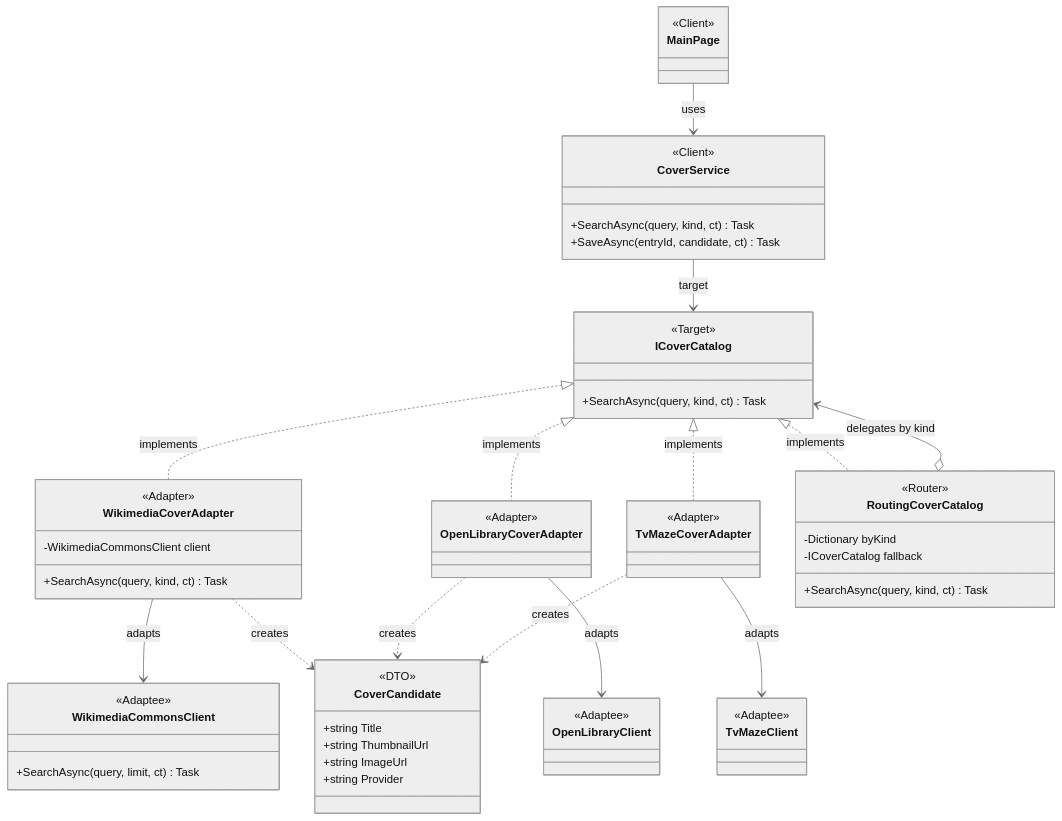
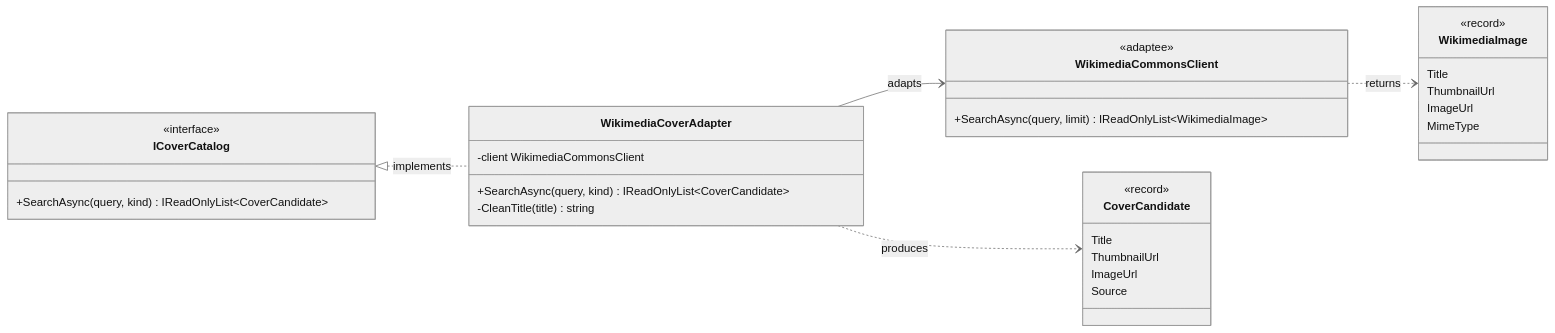
Before and after one commit to Prince-of-Nothing/TMPS-Labs: the first of 3 diagrams in Reports/Lab2.md, drawn with Mermaid (neutral theme). The commit also changed other lines of this file and 4 other files, not shown here.

````diff
--- a/Reports/Lab2.md
+++ b/Reports/Lab2.md
@@ -186,63 +70,35 @@
 ```mermaid
 classDiagram
-direction TB
-class MainPage {
-  <<Client>>
-}
-class CoverService {
-  <<Client>>
-  +SearchAsync(query, kind, ct) Task
-  +SaveAsync(entryId, candidate, ct) Task
-}
-class ICoverCatalog {
-  <<Target>>
-  +SearchAsync(query, kind, ct) Task
-}
-class CoverCandidate {
-  <<DTO>>
-  +string Title
-  +string ThumbnailUrl
-  +string ImageUrl
-  +string Provider
-}
-class WikimediaCoverAdapter {
-  <<Adapter>>
-  -WikimediaCommonsClient client
-  +SearchAsync(query, kind, ct) Task
-}
-class OpenLibraryCoverAdapter {
-  <<Adapter>>
-}
-class TvMazeCoverAdapter {
-  <<Adapter>>
-}
-class WikimediaCommonsClient {
-  <<Adaptee>>
-  +SearchAsync(query, limit, ct) Task
-}
-class OpenLibraryClient {
-  <<Adaptee>>
-}
-class TvMazeClient {
-  <<Adaptee>>
-}
-class RoutingCoverCatalog {
-  <<Router>>
-  -Dictionary byKind
-  -ICoverCatalog fallback
-  +SearchAsync(query, kind, ct) Task
-}
-MainPage --> CoverService : uses
-CoverService --> ICoverCatalog : target
-ICoverCatalog <|.. WikimediaCoverAdapter : implements
-ICoverCatalog <|.. OpenLibraryCoverAdapter : implements
-ICoverCatalog <|.. TvMazeCoverAdapter : implements
-ICoverCatalog <|.. RoutingCoverCatalog : implements
-WikimediaCoverAdapter --> WikimediaCommonsClient : adapts
-OpenLibraryCoverAdapter --> OpenLibraryClient : adapts
-TvMazeCoverAdapter --> TvMazeClient : adapts
-RoutingCoverCatalog o--> ICoverCatalog : delegates by kind
-WikimediaCoverAdapter ..> CoverCandidate : creates
-OpenLibraryCoverAdapter ..> CoverCandidate : creates
-TvMazeCoverAdapter ..> CoverCandidate : creates
+    direction LR
+    class ICoverCatalog {
+        <<interface>>
+        +SearchAsync(query, kind) IReadOnlyList~CoverCandidate~
+    }
+    class WikimediaCoverAdapter {
+        -client WikimediaCommonsClient
+        +SearchAsync(query, kind) IReadOnlyList~CoverCandidate~
+        -CleanTitle(title) string
+    }
+    class WikimediaCommonsClient {
+        <<adaptee>>
+        +SearchAsync(query, limit) IReadOnlyList~WikimediaImage~
+    }
+    class WikimediaImage {
+        <<record>>
+        Title
+        ThumbnailUrl
+        ImageUrl
+        MimeType
+    }
+    class CoverCandidate {
+        <<record>>
+        Title
+        ThumbnailUrl
+        ImageUrl
+        Source
+    }
+    ICoverCatalog <|.. WikimediaCoverAdapter : implements
+    WikimediaCoverAdapter --> WikimediaCommonsClient : adapts
+    WikimediaCommonsClient ..> WikimediaImage : returns
+    WikimediaCoverAdapter ..> CoverCandidate : produces
 ```
````
